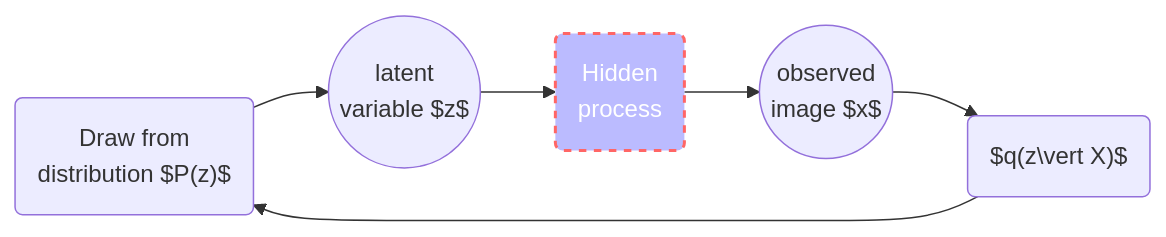
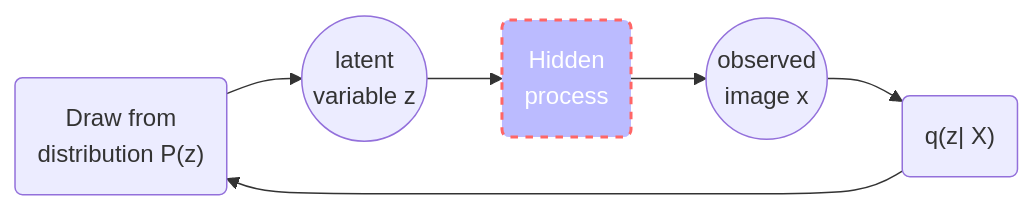
One commit to ctawong/ctawong_site changed the diagram in _posts/2020-4-1-vae.md. Above: the diagram before and after it, drawn with Mermaid. The commit also changed 7 other files, not shown here.

```diff
--- a/_posts/2020-4-1-vae.md
+++ b/_posts/2020-4-1-vae.md
@@ -25,9 +25,9 @@
 {% mermaid %}
 graph LR
-  P("Draw from<br>distribution $P(z)$") --> A
-  A(("latent<br>variable $z$")) --> H(Hidden<br>process )
-  H -->X((observed<br>image $x$))
-  X-->Q("$q(z\vert X)$")
+  P("Draw from<br>distribution P(z)") --> A
+  A(("latent<br>variable z")) --> H(Hidden<br>process )
+  H -->X((observed<br>image x))
+  X-->Q("q(z| X)")
   Q-->P
   style H fill:#bbf,stroke:#f66,stroke-width:2px,color:#fff,stroke-dasharray: 5, 5
 {% endmermaid %}
```
